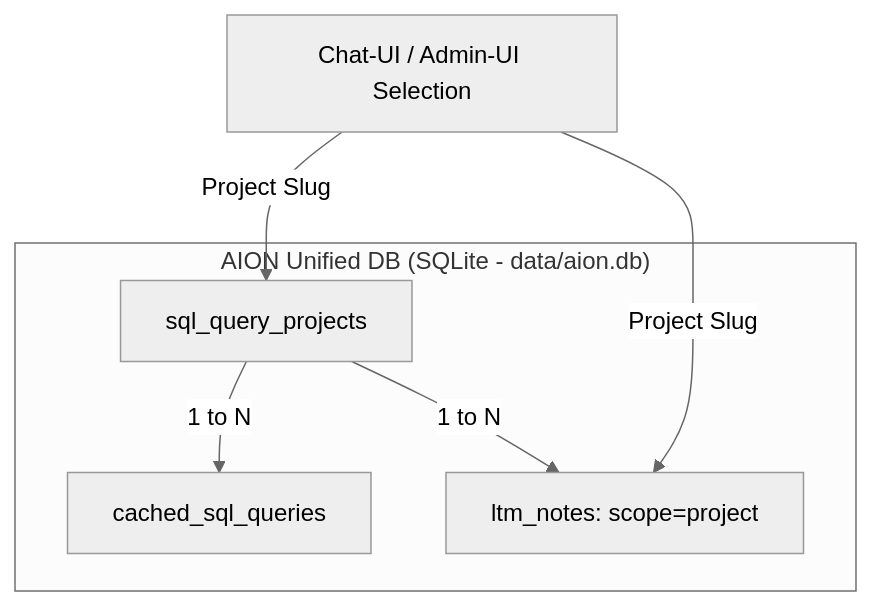
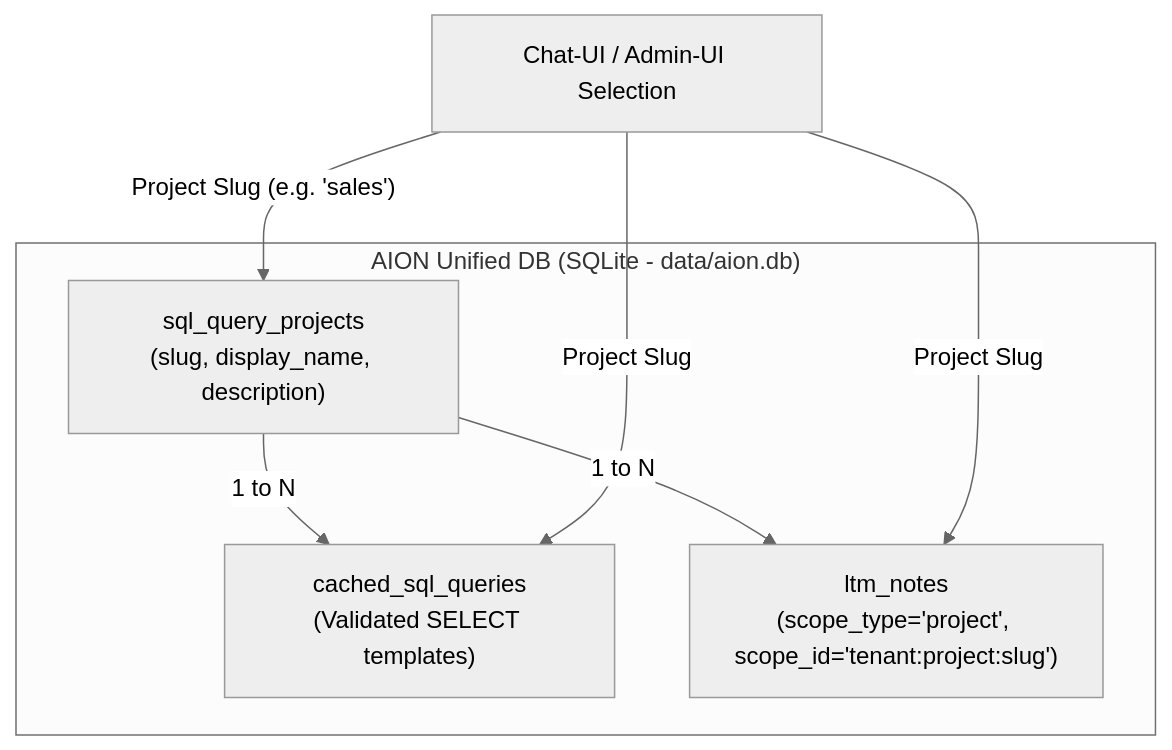
The first of 2 diagrams in docs/memory/structured-memory.md (AION-by-ASA-Computer/AION_Agent), drawn with Mermaid (neutral theme) before and after one commit. The commit also changed other lines of this file and 24 other files, not shown here.

````diff
--- a/docs/memory/structured-memory.md
+++ b/docs/memory/structured-memory.md
@@ -17,10 +17,11 @@
 ```mermaid
 flowchart TD
     subgraph "AION Unified DB (SQLite - data/aion.db)"
-        Proj[sql_query_projects] -->|1 to N| Cache[cached_sql_queries]
-        Proj -->|1 to N| Notes[ltm_notes: scope=project]
+        Proj["sql_query_projects<br/>(slug, display_name, description)"] -->|1 to N| Cache["cached_sql_queries<br/>(Validated SELECT templates)"]
+        Proj -->|1 to N| Notes["ltm_notes<br/>(scope_type='project', scope_id='tenant:project:slug')"]
     end
 
-    User["Chat-UI / Admin-UI Selection"] -->|Project Slug| Proj
+    User["Chat-UI / Admin-UI Selection"] -->|"Project Slug (e.g. 'sales')"| Proj
     User -->|Project Slug| Notes
+    User -->|Project Slug| Cache
 ```
````
